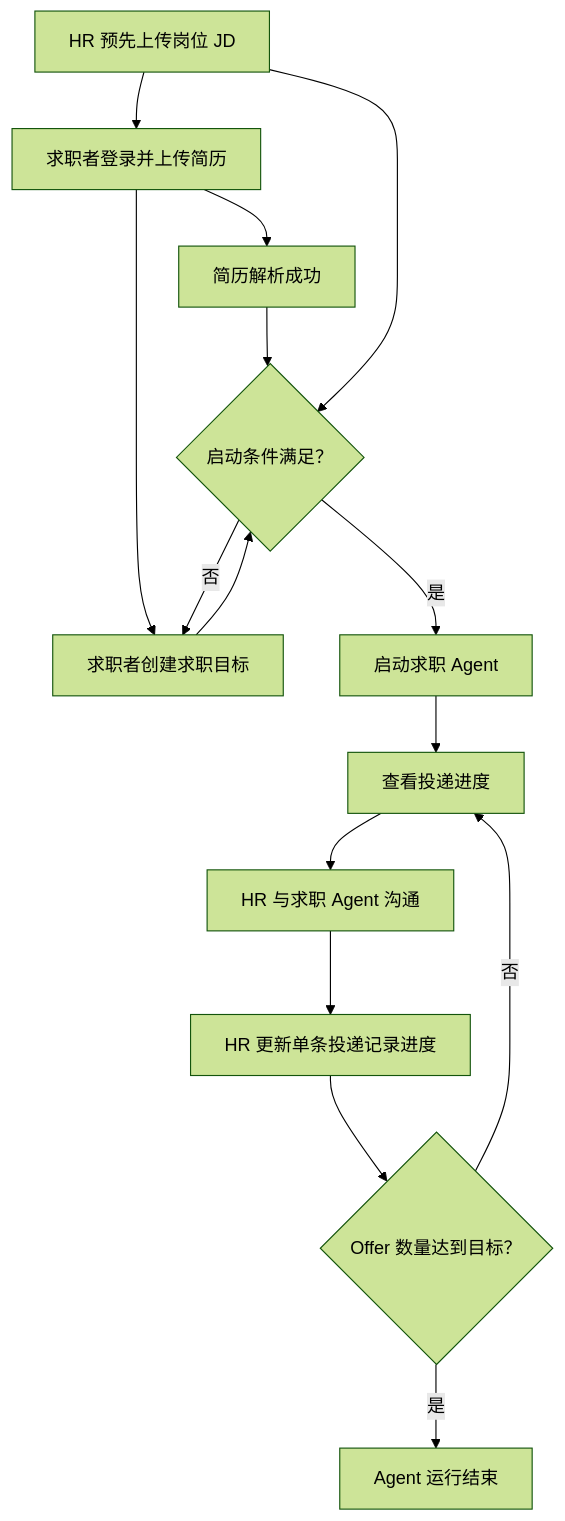
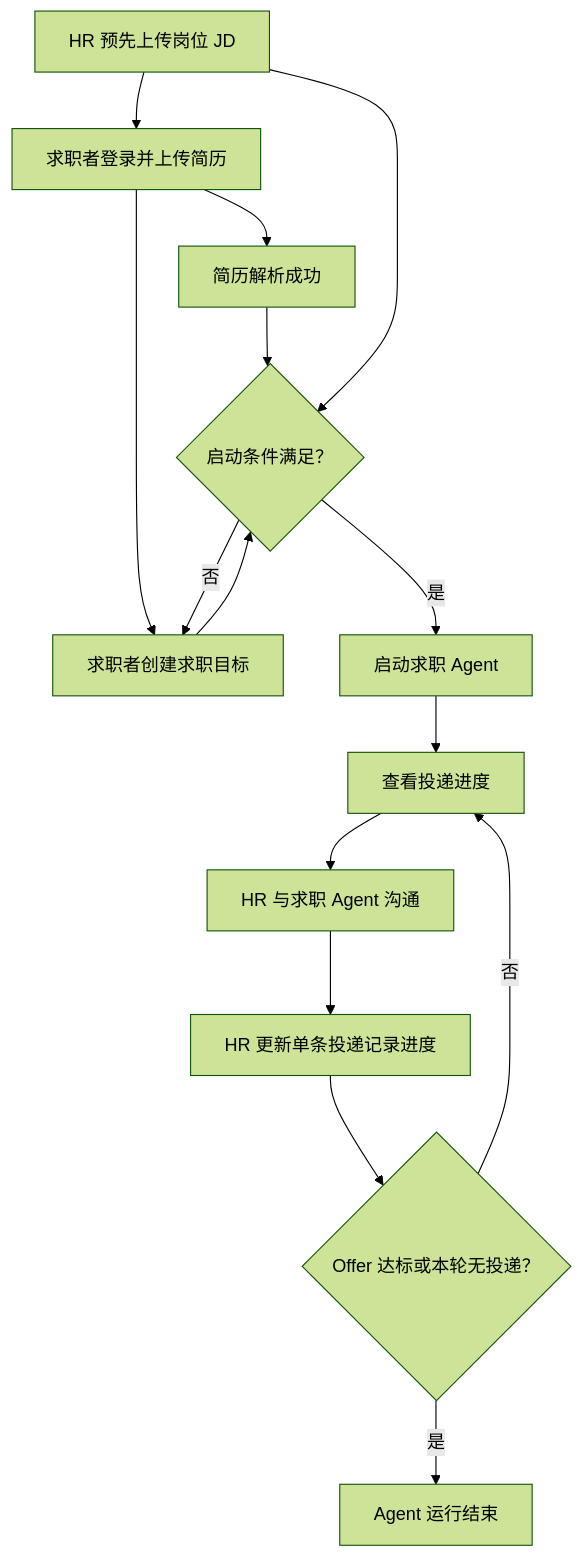
The first of 5 diagrams in careerpass-frontend/docs/product/frontend-acceptance-flow.md (mingyuexinc/Careerpass), drawn with Mermaid (forest theme) before and after one commit. The commit also changed other lines of this file and 29 other files, not shown here.

````diff
--- a/careerpass-frontend/docs/product/frontend-acceptance-flow.md
+++ b/careerpass-frontend/docs/product/frontend-acceptance-flow.md
@@ -50,17 +51,17 @@
 ```mermaid
 flowchart TD
     A["HR 预先上传岗位 JD"] --> B["求职者登录并上传简历"]
     B --> C["简历解析成功"]
     B --> D["求职者创建求职目标"]
     C --> E{"启动条件满足？"}
     D --> E
     A --> E
     E -- "是" --> F["启动求职 Agent"]
     E -- "否" --> D
     F --> G["查看投递进度"]
     G --> H["HR 与求职 Agent 沟通"]
     H --> I["HR 更新单条投递记录进度"]
-    I --> J{"Offer 数量达到目标？"}
+    I --> J{"Offer 达标或本轮无投递？"}
     J -- "否" --> G
     J -- "是" --> K["Agent 运行结束"]
 ```
````
